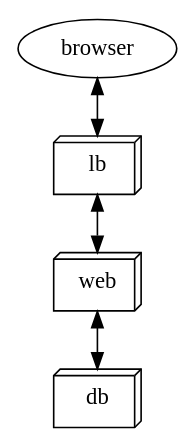
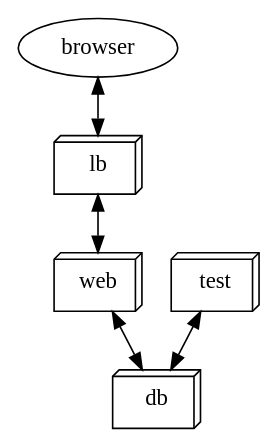
The diagram in server-architecture.dot (Lorentzca/graphviz_test), drawn with Graphviz before and after one commit.

Commit message:
テスト

```diff
--- a/server-architecture.dot
+++ b/server-architecture.dot
@@ -1,9 +1,10 @@
 digraph "server-architecture" {
   node [shape = box3d];
 
   browser -> lb [dir = both, shape = oval];
   lb -> web [dir = both];
   web -> db [dir = both];
+  test -> db [dir = both];
 
   browser [shape = oval];
 }
```
